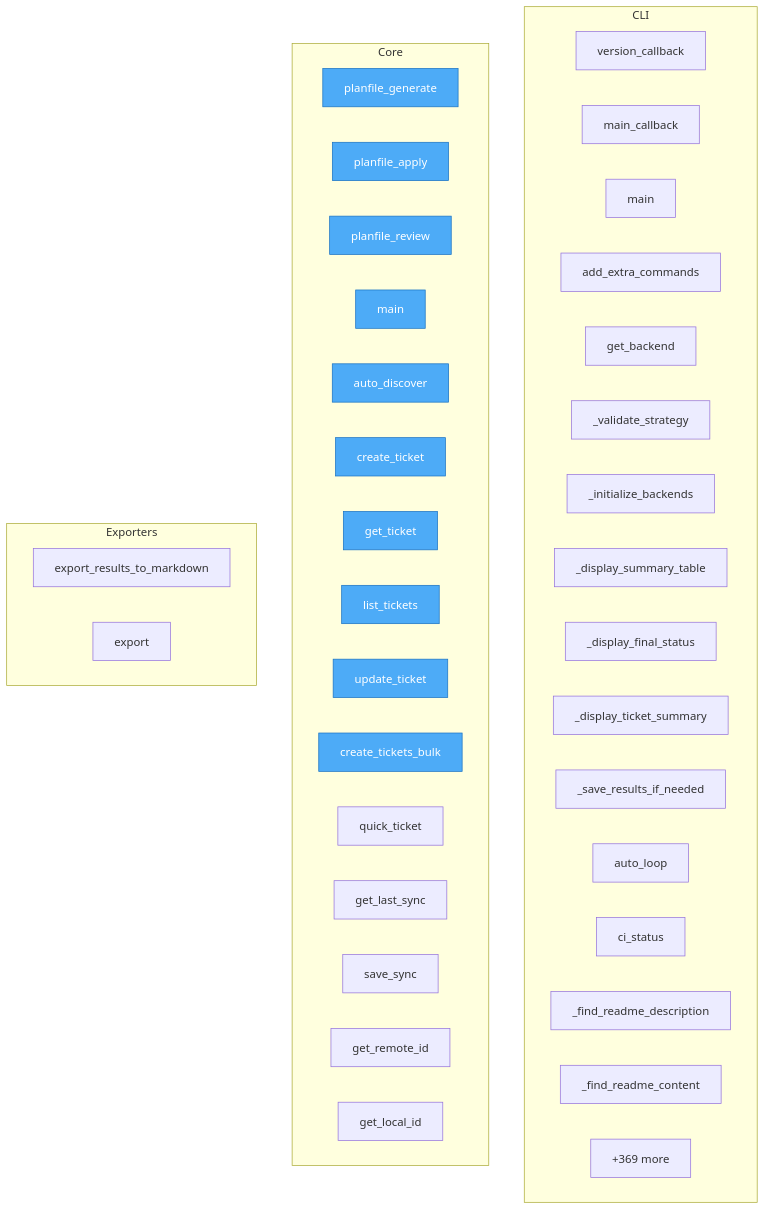
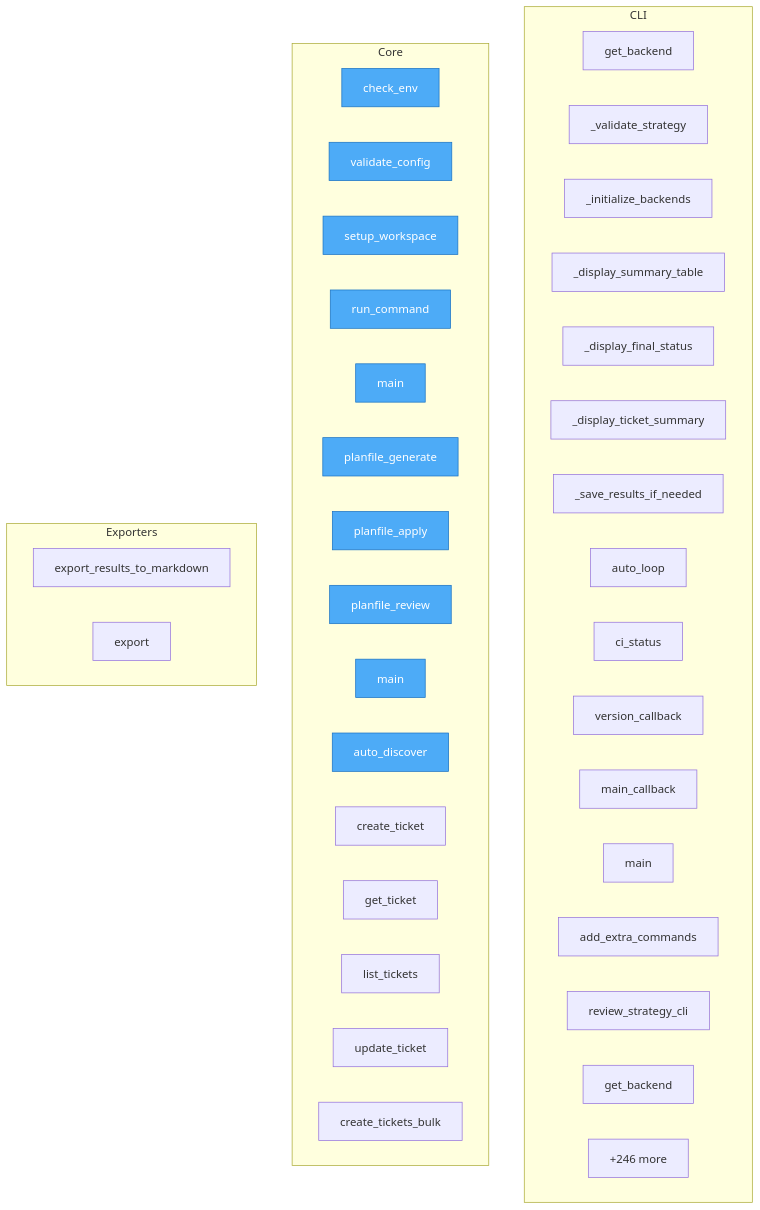
One commit to semcod/planfile changed the diagram in project/flow.mmd. Above: the diagram before and after it, drawn with Mermaid. The commit also changed 22 other files, not shown here.

```diff
--- a/project/flow.mmd
+++ b/project/flow.mmd
@@ -1,49 +1,49 @@
 flowchart TD
 
     %% Entry points (blue)
     classDef entry fill:#4dabf7,stroke:#1971c2,color:#fff
 
     subgraph CLI
-        planfile__cli__commands__version_callback["version_callback"]
-        planfile__cli__commands__main_callback["main_callback"]
-        planfile__cli__commands__main["main"]
-        planfile__cli__extra_commands__add_extra_commands["add_extra_commands"]
         planfile__cli__auto_loop__get_backend["get_backend"]
         planfile__cli__auto_loop___validate_strategy["_validate_strategy"]
         planfile__cli__auto_loop___initialize_backends["_initialize_backends"]
         planfile__cli__auto_loop___display_summary_table["_display_summary_table"]
         planfile__cli__auto_loop___display_final_status["_display_final_status"]
         planfile__cli__auto_loop___display_ticket_summary["_display_ticket_summary"]
         planfile__cli__auto_loop___save_results_if_needed["_save_results_if_needed"]
         planfile__cli__auto_loop__auto_loop["auto_loop"]
         planfile__cli__auto_loop__ci_status["ci_status"]
-        planfile__cli__project_detector___find_readme_description["_find_readme_description"]
-        planfile__cli__project_detector___find_readme_content["_find_readme_content"]
+        planfile__cli__commands__version_callback["version_callback"]
+        planfile__cli__commands__main_callback["main_callback"]
+        planfile__cli__commands__main["main"]
+        planfile__cli__extra_commands__add_extra_commands["add_extra_commands"]
+        planfile__cli__cmd__cmd_review__review_strategy_cli["review_strategy_cli"]
+        planfile__cli__cmd__cmd_utils__get_backend["get_backend"]
         ...["+57 more"]
     end
 
     subgraph Core
+        docker_entrypoint__check_env["check_env"]
+        docker_entrypoint__validate_config["validate_config"]
+        docker_entrypoint__setup_workspace["setup_workspace"]
+        docker_entrypoint__run_command["run_command"]
+        docker_entrypoint__main["main"]
         mcp_server_example__planfile_generate["planfile_generate"]
         mcp_server_example__planfile_apply["planfile_apply"]
         mcp_server_example__planfile_review["planfile_review"]
         mcp_server_example__main["main"]
         planfile__Planfile__auto_discover["auto_discover"]
         planfile__Planfile__create_ticket["create_ticket"]
         planfile__Planfile__get_ticket["get_ticket"]
         planfile__Planfile__list_tickets["list_tickets"]
         planfile__Planfile__update_ticket["update_ticket"]
         planfile__Planfile__create_tickets_bulk["create_tickets_bulk"]
-        planfile__quick_ticket["quick_ticket"]
-        planfile__sync__state__SyncState__get_last_sync["get_last_sync"]
-        planfile__sync__state__SyncState__save_sync["save_sync"]
-        planfile__sync__state__SyncState__get_remote_id["get_remote_id"]
-        planfile__sync__state__SyncState__get_local_id["get_local_id"]
-        ...["+369 more"]
+        ...["+246 more"]
     end
 
     subgraph Exporters
         planfile__loaders__cli_loader__export_results_to_markdown["export_results_to_markdown"]
         planfile__core__models__Strategy__export["export"]
     end
 
-    class mcp_server_example__planfile_generate,mcp_server_example__planfile_apply,mcp_server_example__planfile_review,mcp_server_example__main,planfile__Planfile__auto_discover,planfile__Planfile__create_ticket,planfile__Planfile__get_ticket,planfile__Planfile__list_tickets,planfile__Planfile__update_ticket,planfile__Planfile__create_tickets_bulk entry
+    class docker_entrypoint__check_env,docker_entrypoint__validate_config,docker_entrypoint__setup_workspace,docker_entrypoint__run_command,docker_entrypoint__main,mcp_server_example__planfile_generate,mcp_server_example__planfile_apply,mcp_server_example__planfile_review,mcp_server_example__main,planfile__Planfile__auto_discover entry
```
